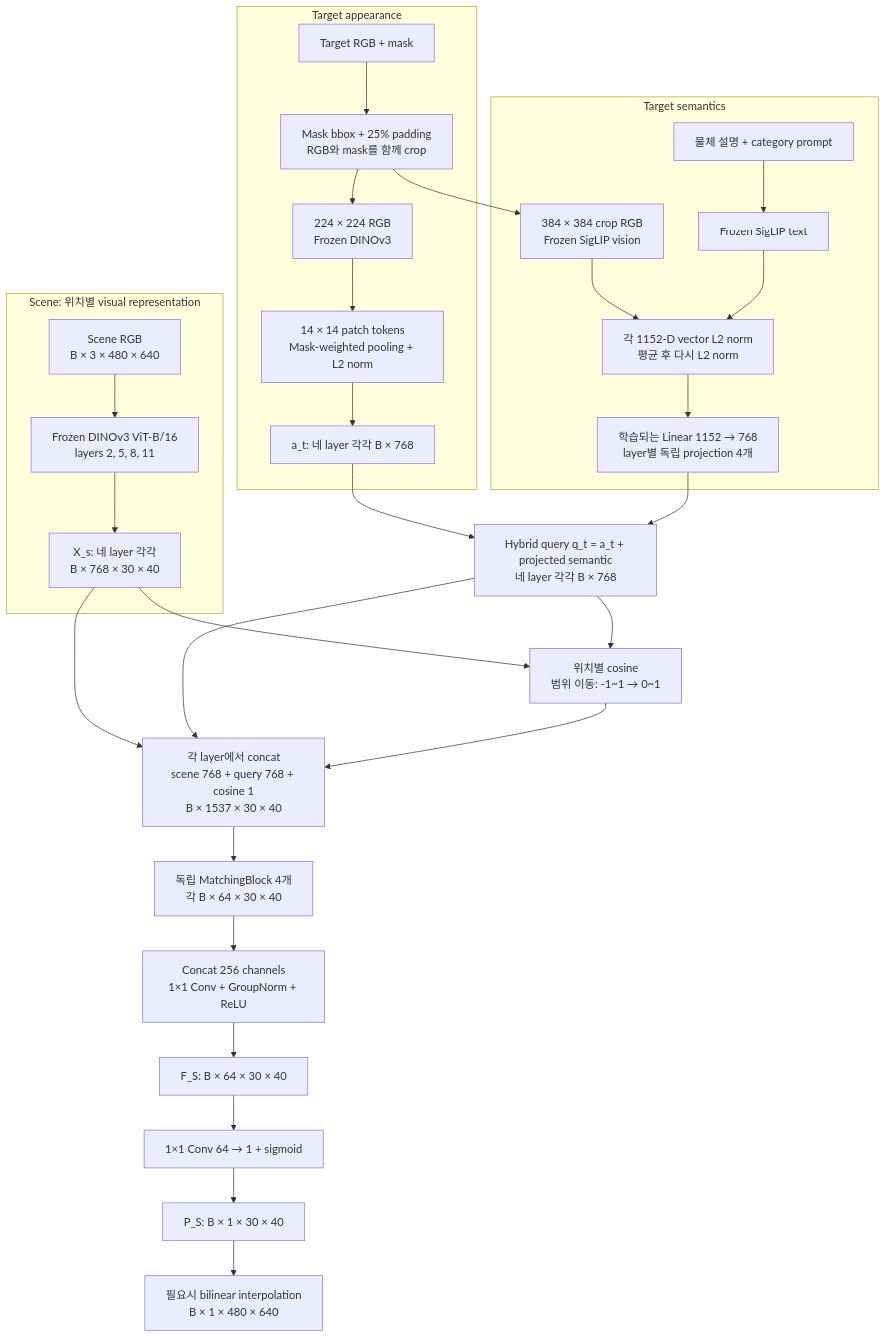
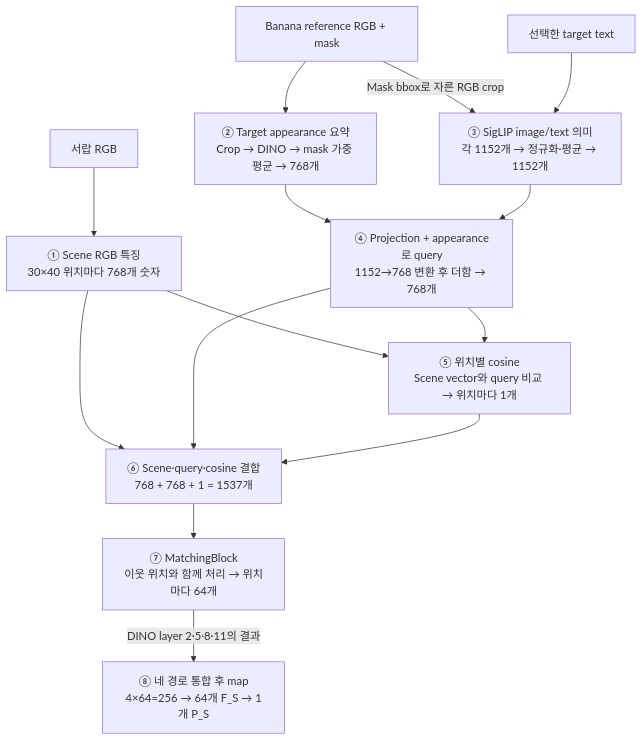
Before and after one commit to JeonHaneul/2D-PDM_DINOv3: the third of 12 diagrams in README.md, drawn with Mermaid. The commit also changed other lines of this file and 1 other file, not shown here.

Commit message:
docs: align numbered model diagrams with beginner explanations

````diff
--- a/README.md
+++ b/README.md
@@ -264,39 +253,16 @@
 ```mermaid
 flowchart TB
-    subgraph SCENE["Scene: 위치별 visual representation"]
-        SRGB["Scene RGB<br/>B × 3 × 480 × 640"]
-        SDINO["Frozen DINOv3 ViT-B/16<br/>layers 2, 5, 8, 11"]
-        SF["X_s: 네 layer 각각<br/>B × 768 × 30 × 40"]
-        SRGB --> SDINO --> SF
-    end
-    subgraph TARGET["Target appearance"]
-        TRGB["Target RGB + mask"]
-        CROP["Mask bbox + 25% padding<br/>RGB와 mask를 함께 crop"]
-        TDINO["224 × 224 RGB<br/>Frozen DINOv3"]
-        POOL["14 × 14 patch tokens<br/>Mask-weighted pooling + L2 norm"]
-        AV["a_t: 네 layer 각각 B × 768"]
-        TRGB --> CROP --> TDINO --> POOL --> AV
-    end
-    subgraph SEM["Target semantics"]
-        SI["384 × 384 crop RGB<br/>Frozen SigLIP vision"]
-        PROMPT["물체 설명 + category prompt"]
-        ST["Frozen SigLIP text"]
-        MIX["각 1152-D vector L2 norm<br/>평균 후 다시 L2 norm"]
-        PROJ["학습되는 Linear 1152 → 768<br/>layer별 독립 projection 4개"]
-        CROP --> SI --> MIX
-        PROMPT --> ST --> MIX --> PROJ
-    end
-    AV --> QUERY["Hybrid query q_t = a_t + projected semantic<br/>네 layer 각각 B × 768"]
-    PROJ --> QUERY
-    SF --> COS["위치별 cosine<br/>범위 이동: -1~1 → 0~1"]
-    QUERY --> COS
-    SF --> INTER["각 layer에서 concat<br/>scene 768 + query 768 + cosine 1<br/>B × 1537 × 30 × 40"]
-    QUERY --> INTER
-    COS --> INTER
-    INTER --> MATCH["독립 MatchingBlock 4개<br/>각 B × 64 × 30 × 40"]
-    MATCH --> FUSE["Concat 256 channels<br/>1×1 Conv + GroupNorm + ReLU"]
-    FUSE --> FS["F_S: B × 64 × 30 × 40"]
-    FS --> HEAD["1×1 Conv 64 → 1 + sigmoid"]
-    HEAD --> PS["P_S: B × 1 × 30 × 40"]
-    PS --> UP["필요시 bilinear interpolation<br/>B × 1 × 480 × 640"]
+    S["서랍 RGB"] --> N1["① Scene RGB 특징<br/>30×40 위치마다 768개 숫자"]
+    T["Banana reference RGB + mask"] --> N2["② Target appearance 요약<br/>Crop → DINO → mask 가중 평균 → 768개"]
+    T -->|"Mask bbox로 자른 RGB crop"| N3["③ SigLIP image/text 의미<br/>각 1152개 → 정규화·평균 → 1152개"]
+    TXT["선택한 target text"] --> N3
+    N2 --> N4["④ Projection + appearance로 query<br/>1152→768 변환 후 더함 → 768개"]
+    N3 --> N4
+    N1 --> N5["⑤ 위치별 cosine<br/>Scene vector와 query 비교 → 위치마다 1개"]
+    N4 --> N5
+    N1 --> N6["⑥ Scene·query·cosine 결합<br/>768 + 768 + 1 = 1537개"]
+    N4 --> N6
+    N5 --> N6
+    N6 --> N7["⑦ MatchingBlock<br/>이웃 위치와 함께 처리 → 위치마다 64개"]
+    N7 -->|"DINO layer 2·5·8·11의 결과"| N8["⑧ 네 경로 통합 후 map<br/>4×64=256 → 64개 F_S → 1개 P_S"]
 ```
````
